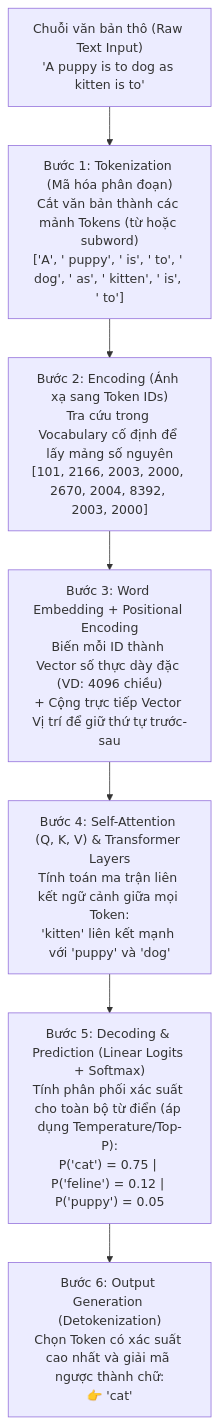
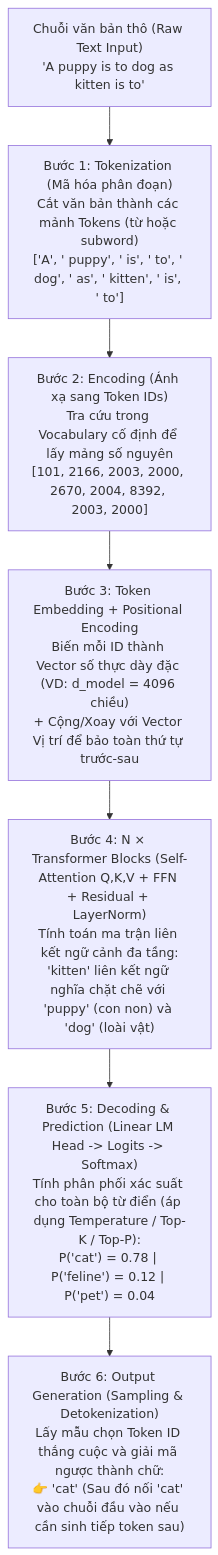
One commit to nxthanh2904/nca-genl changed the first of 5 diagrams in Module_04_Transformer_Architecture.md. Above: the diagram before and after it, drawn with Mermaid. The commit also changed other lines of this file and 11 other files, not shown here.

````diff
--- a/Module_04_Transformer_Architecture.md
+++ b/Module_04_Transformer_Architecture.md
@@ -22,18 +23,18 @@
 ```mermaid
 flowchart TD
     Input["Chuỗi văn bản thô (Raw Text Input)<br/>'A puppy is to dog as kitten is to'"]
     
     S1["Bước 1: Tokenization (Mã hóa phân đoạn)<br/>Cắt văn bản thành các mảnh Tokens (từ hoặc subword)<br/>['A', ' puppy', ' is', ' to', ' dog', ' as', ' kitten', ' is', ' to']"]
     
     S2["Bước 2: Encoding (Ánh xạ sang Token IDs)<br/>Tra cứu trong Vocabulary cố định để lấy mảng số nguyên<br/>[101, 2166, 2003, 2000, 2670, 2004, 8392, 2003, 2000]"]
     
-    S3["Bước 3: Word Embedding + Positional Encoding<br/>Biến mỗi ID thành Vector số thực dày đặc (VD: 4096 chiều)<br/>+ Cộng trực tiếp Vector Vị trí để giữ thứ tự trước-sau"]
+    S3["Bước 3: Token Embedding + Positional Encoding<br/>Biến mỗi ID thành Vector số thực dày đặc (VD: d_model = 4096 chiều)<br/>+ Cộng/Xoay với Vector Vị trí để bảo toàn thứ tự trước-sau"]
     
-    S4["Bước 4: Self-Attention (Q, K, V) & Transformer Layers<br/>Tính toán ma trận liên kết ngữ cảnh giữa mọi Token:<br/>'kitten' liên kết mạnh với 'puppy' và 'dog'"]
+    S4["Bước 4: N × Transformer Blocks (Self-Attention Q,K,V + FFN + Residual + LayerNorm)<br/>Tính toán ma trận liên kết ngữ cảnh đa tầng:<br/>'kitten' liên kết ngữ nghĩa chặt chẽ với 'puppy' (con non) và 'dog' (loài vật)"]
     
-    S5["Bước 5: Decoding & Prediction (Linear Logits + Softmax)<br/>Tính phân phối xác suất cho toàn bộ từ điển (áp dụng Temperature/Top-P):<br/>P('cat') = 0.75 | P('feline') = 0.12 | P('puppy') = 0.05"]
+    S5["Bước 5: Decoding & Prediction (Linear LM Head -> Logits -> Softmax)<br/>Tính phân phối xác suất cho toàn bộ từ điển (áp dụng Temperature / Top-K / Top-P):<br/>P('cat') = 0.78 | P('feline') = 0.12 | P('pet') = 0.04"]
     
-    S6["Bước 6: Output Generation (Detokenization)<br/>Chọn Token có xác suất cao nhất và giải mã ngược thành chữ:<br/>👉 'cat'"]
+    S6["Bước 6: Output Generation (Sampling & Detokenization)<br/>Lấy mẫu chọn Token ID thắng cuộc và giải mã ngược thành chữ:<br/>👉 'cat' (Sau đó nối 'cat' vào chuỗi đầu vào nếu cần sinh tiếp token sau)"]
 
     Input --> S1 --> S2 --> S3 --> S4 --> S5 --> S6
 ```
````
